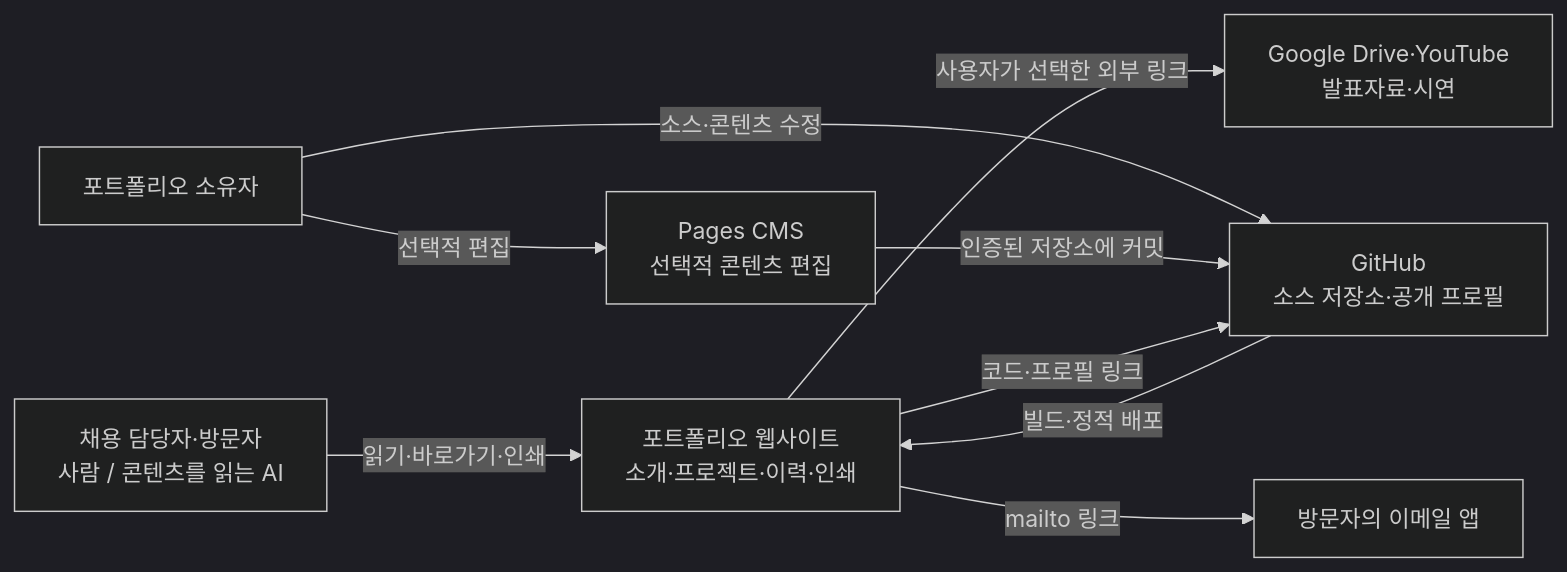
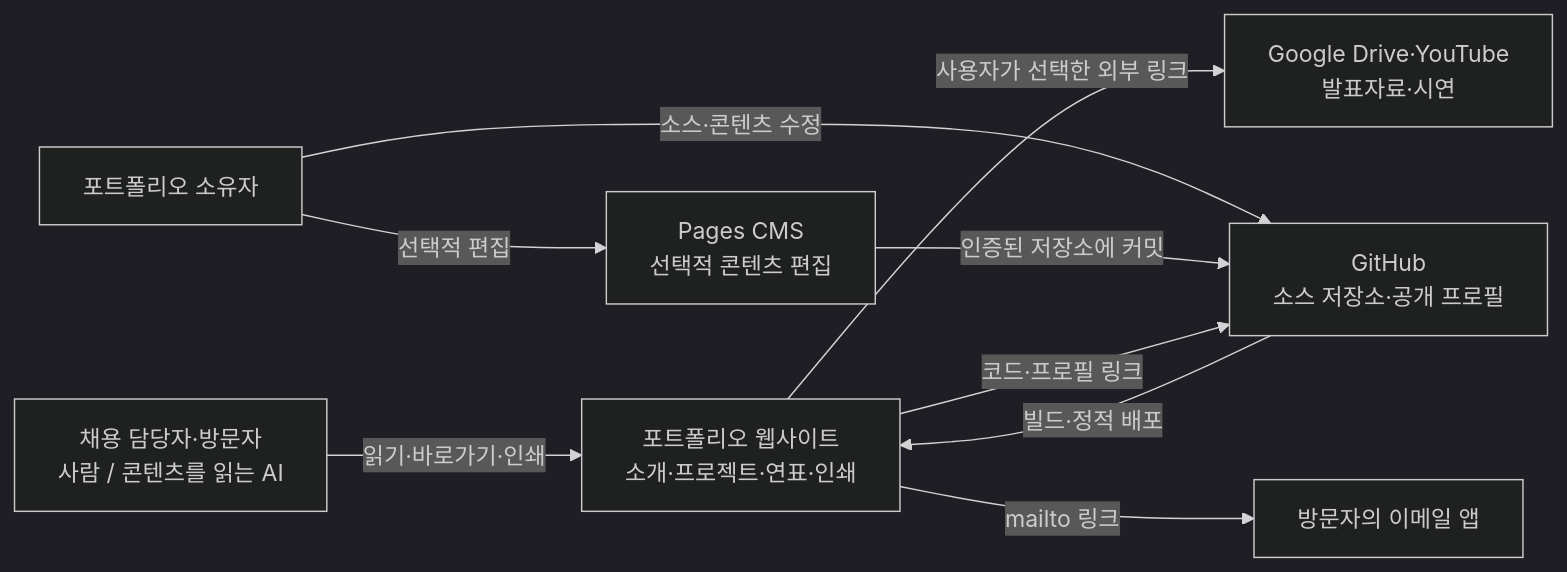
Before and after one commit to pollux-o4/itIsMe: the diagram in docs/architecture/01-context.md, drawn with Mermaid (dark theme). The commit also changed 11 other files, not shown here.

````diff
--- a/docs/architecture/01-context.md
+++ b/docs/architecture/01-context.md
@@ -5,18 +5,18 @@
 ```mermaid
 flowchart LR
   reader["채용 담당자·방문자<br/>사람 / 콘텐츠를 읽는 AI"]
   editor["포트폴리오 소유자"]
-  portfolio["포트폴리오 웹사이트<br/>소개·프로젝트·이력·인쇄"]
+  portfolio["포트폴리오 웹사이트<br/>소개·프로젝트·연표·인쇄"]
   github["GitHub<br/>소스 저장소·공개 프로필"]
   cms["Pages CMS<br/>선택적 콘텐츠 편집"]
   evidence["Google Drive·YouTube<br/>발표자료·시연"]
   mail["방문자의 이메일 앱"]
   reader -->|읽기·바로가기·인쇄| portfolio
   editor -->|소스·콘텐츠 수정| github
   editor -->|선택적 편집| cms
   cms -->|인증된 저장소에 커밋| github
   github -->|빌드·정적 배포| portfolio
   portfolio -->|사용자가 선택한 외부 링크| evidence
   portfolio -->|코드·프로필 링크| github
   portfolio -->|mailto 링크| mail
 ```
````
